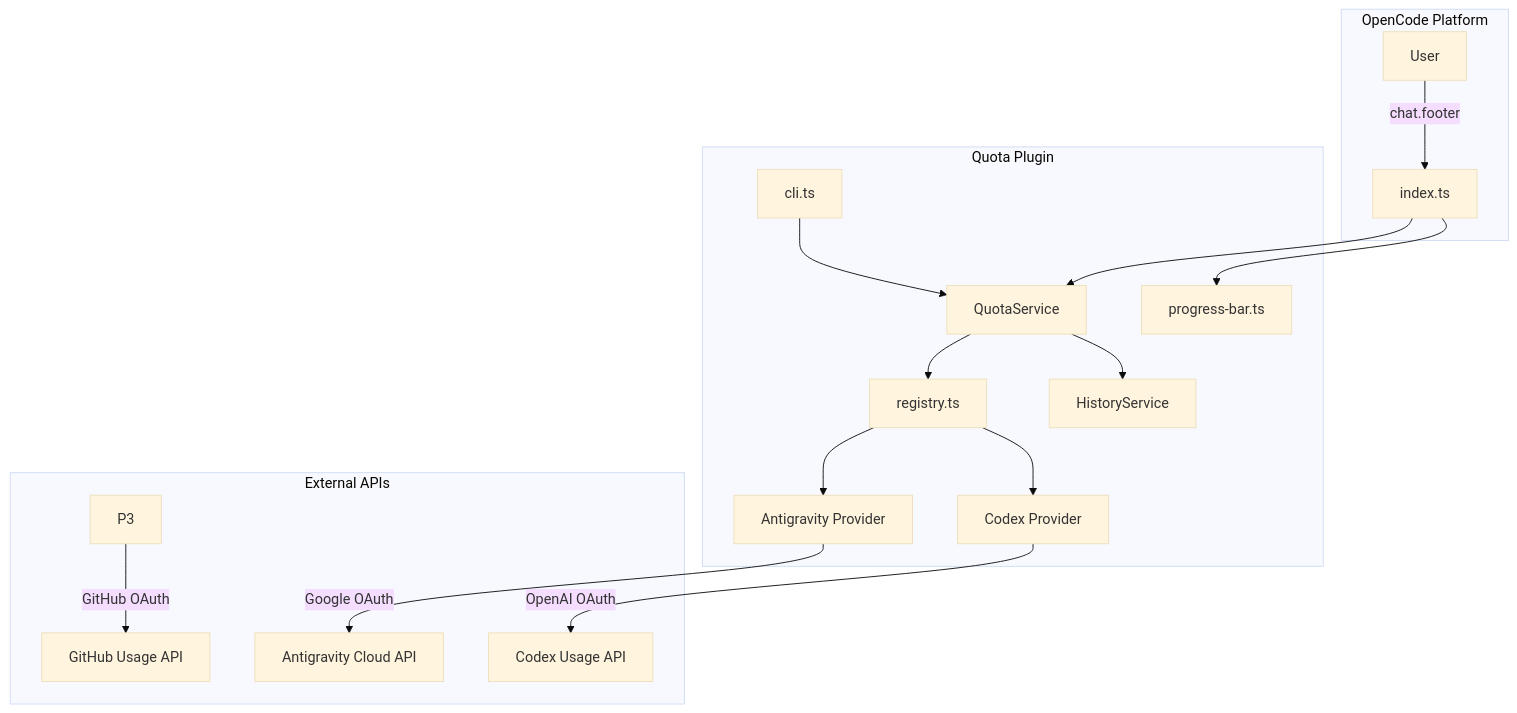
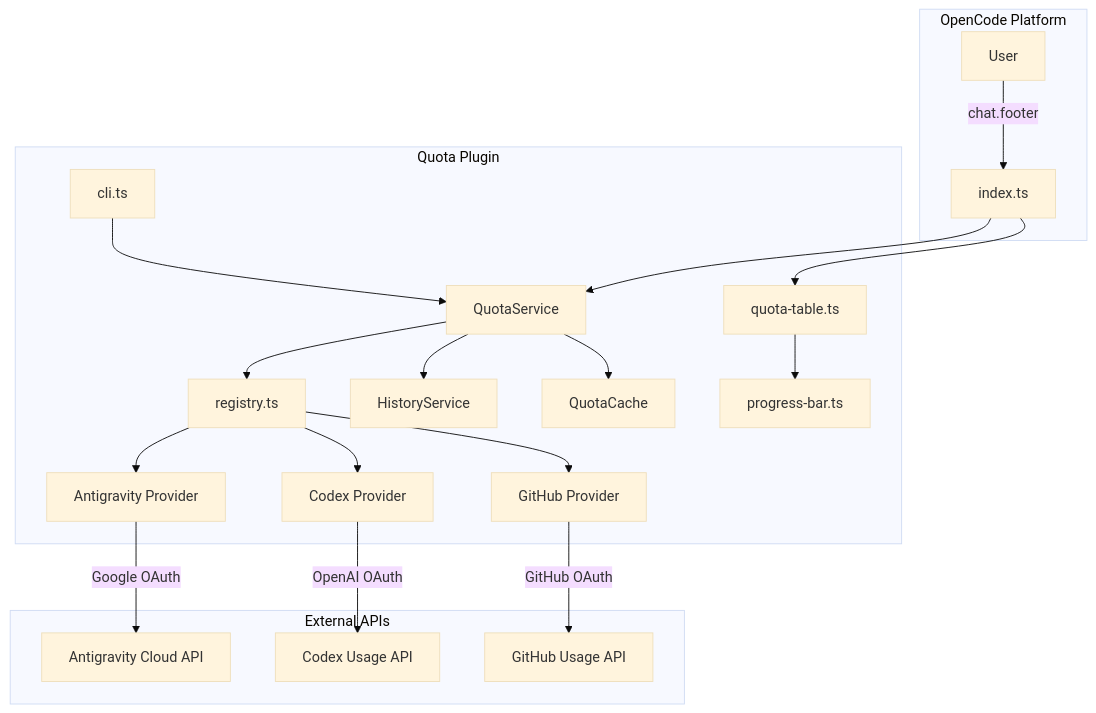
The diagram in DESIGN.md (PhilippPolterauer/opencode-quotas), drawn with Mermaid (base theme) before and after one commit. The commit also changed other lines of this file and 54 other files, not shown here.

````diff
--- a/DESIGN.md
+++ b/DESIGN.md
@@ -34,22 +34,25 @@
 ```mermaid
 graph TD
     subgraph OpenCode Platform
         User -->|chat.footer| Main
     end
 
     subgraph Quota Plugin
         Main[index.ts] --> Service[QuotaService]
         CLI[cli.ts] --> Service
         Service --> Registry[registry.ts]
         Service --> History[HistoryService]
+        Service --> Cache[QuotaCache]
         Registry --> P1[Antigravity Provider]
         Registry --> P2[Codex Provider]
-        Main --> PB[progress-bar.ts]
+        Registry --> P3[GitHub Provider]
+        Main --> UI[quota-table.ts]
+        UI --> PB[progress-bar.ts]
     end
 
     subgraph External APIs
         P1 -->|Google OAuth| AG_API[Antigravity Cloud API]
         P2 -->|OpenAI OAuth| CX_API[Codex Usage API]
         P3 -->|GitHub OAuth| GH_API[GitHub Usage API]
     end
 ```
````
